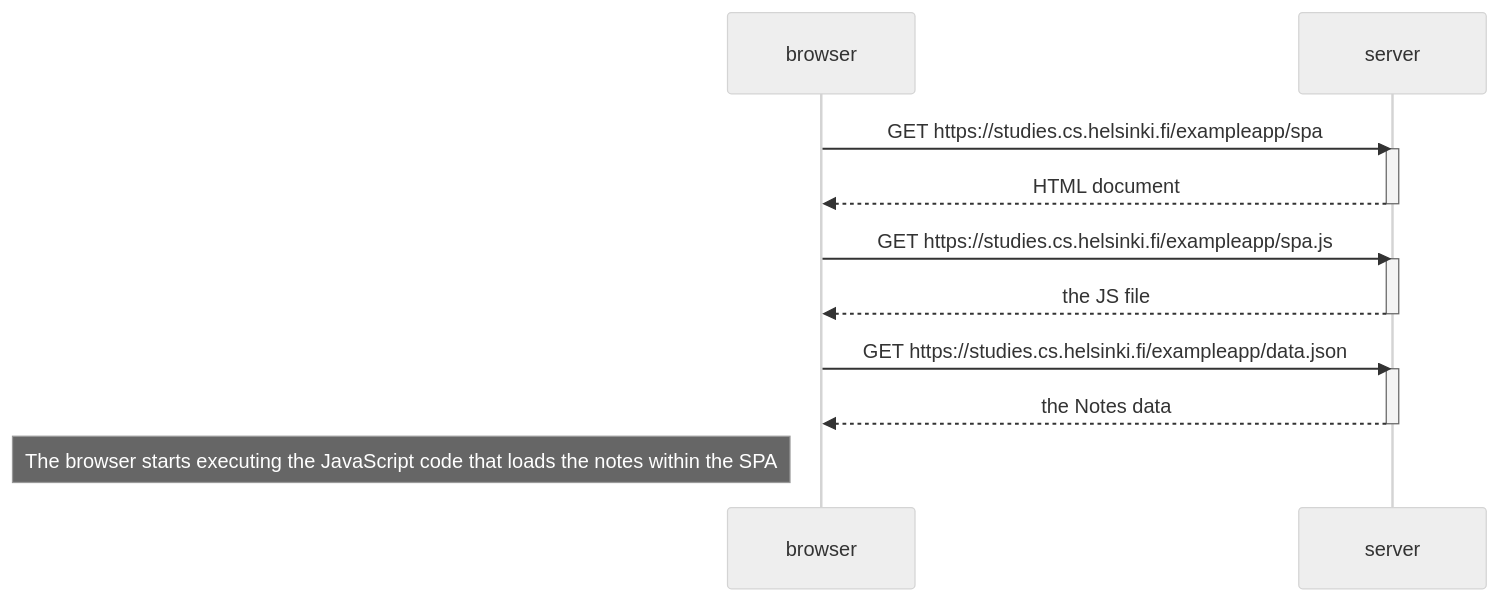
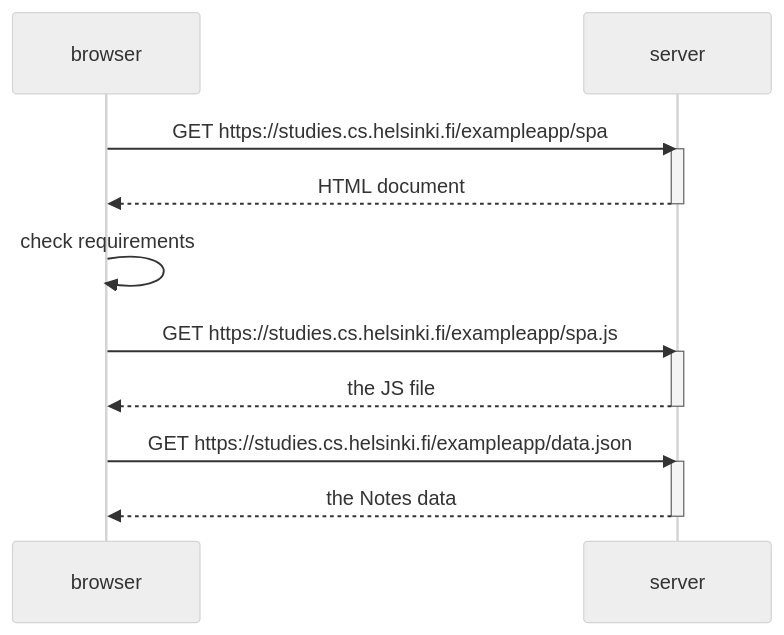
Before and after one commit to sk-go/fullstackopen: the diagram in part0/note_diagram05.md, drawn with Mermaid (neutral theme).

````diff
--- a/part0/note_diagram05.md
+++ b/part0/note_diagram05.md
@@ -1,23 +1,24 @@
 ```mermaid
 sequenceDiagram
 
     participant browser
     participant server
 
     browser->>server: GET https://studies.cs.helsinki.fi/exampleapp/spa
     activate server
     server-->>browser: HTML document
     deactivate server
 
+    browser->>browser: check requirements
+
     browser->>server: GET https://studies.cs.helsinki.fi/exampleapp/spa.js
     activate server
     server-->>browser: the JS file
     deactivate server
 
     browser->>server: GET https://studies.cs.helsinki.fi/exampleapp/data.json
     activate server
     server-->>browser: the Notes data
     deactivate server
 
-    Note left of browser: The browser starts executing the JavaScript code that loads the notes within the SPA
 ```
````
